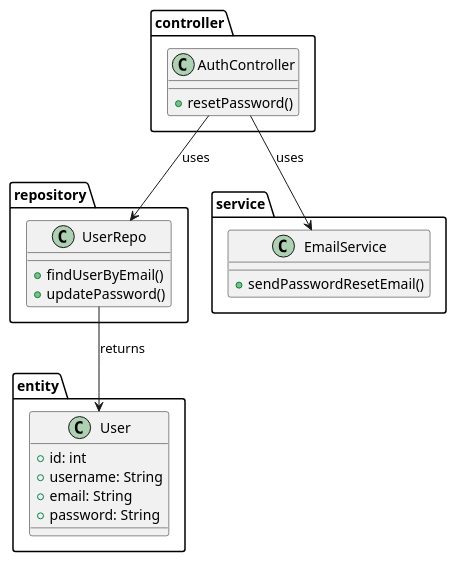
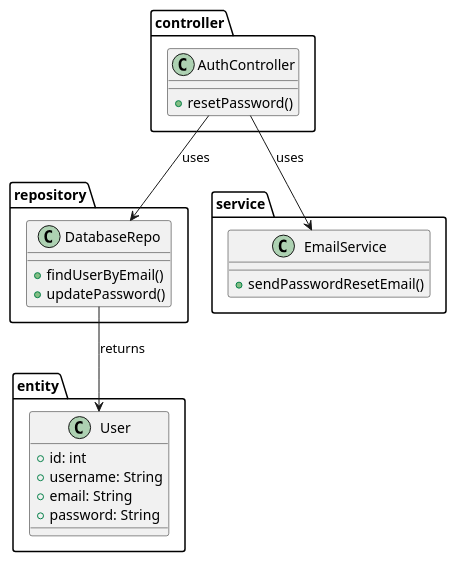
One commit to iamSlightlyWind/Legacy changed the diagram in SWD392/class_diagrams/12_reset_password.puml. Above: the diagram before and after it, drawn with PlantUML. The commit also changed 34 other files, not shown here.

Commit message:
SWD392: Class Diagrams: Fixed Code Package missmatch

```diff
--- a/SWD392/class_diagrams/12_reset_password.puml
+++ b/SWD392/class_diagrams/12_reset_password.puml
@@ -1,33 +1,33 @@
 @startuml
 package controller {
     class AuthController {
         +resetPassword()
     }
 }
 
 package repository {
-    class UserRepo {
+    class DatabaseRepo {
         +findUserByEmail()
         +updatePassword()
     }
 }
 
 package service {
     class EmailService {
         +sendPasswordResetEmail()
     }
 }
 
 package entity {
     class User {
         +id: int
         +username: String
         +email: String
         +password: String
     }
 }
 
-AuthController --> UserRepo : uses
+AuthController --> DatabaseRepo : uses
 AuthController --> EmailService : uses
-UserRepo --> User : returns
+DatabaseRepo --> User : returns
 @enduml
```
